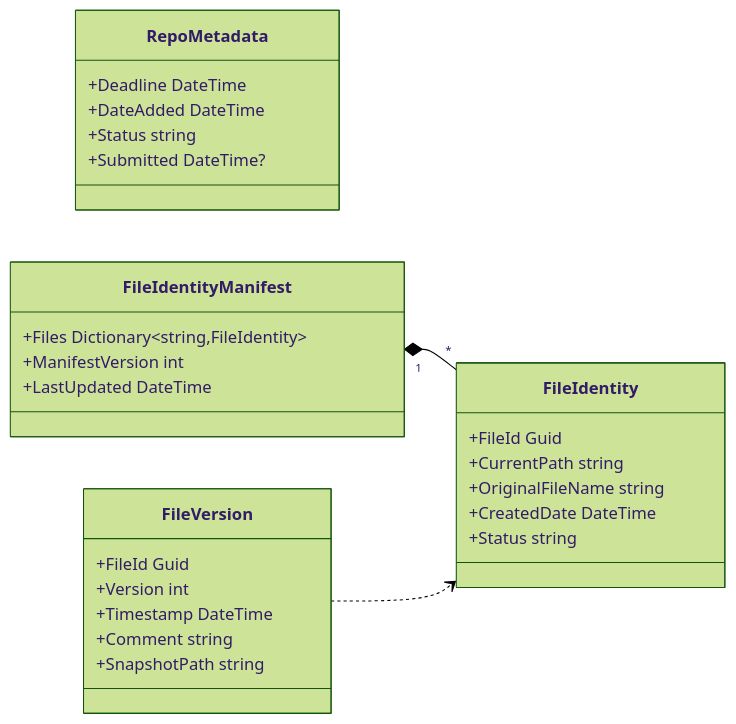
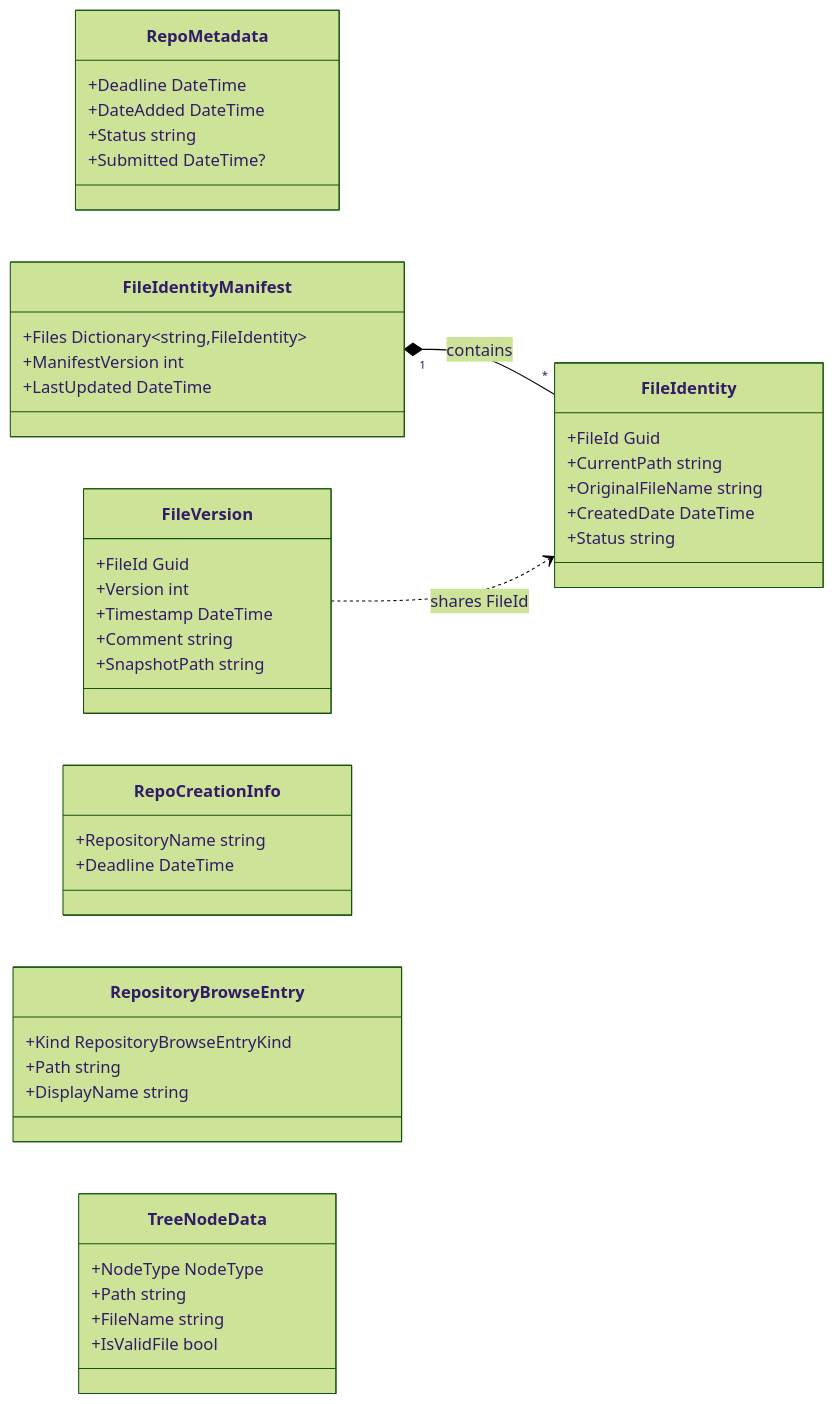
The fourth of 4 diagrams in README.md (Grizzly-val/IskolRepository), drawn with Mermaid (forest theme) before and after one commit. The commit also changed other lines of this file, not shown here.

````diff
--- a/README.md
+++ b/README.md
@@ -248,36 +566,54 @@
 ```mermaid
 classDiagram
   direction LR
 
   class RepoMetadata {
     +Deadline DateTime
     +DateAdded DateTime
     +Status string
     +Submitted DateTime?
   }
 
   class FileIdentityManifest {
     +Files Dictionary~string,FileIdentity~
     +ManifestVersion int
     +LastUpdated DateTime
   }
 
   class FileIdentity {
     +FileId Guid
     +CurrentPath string
     +OriginalFileName string
     +CreatedDate DateTime
     +Status string
   }
 
   class FileVersion {
     +FileId Guid
     +Version int
     +Timestamp DateTime
     +Comment string
     +SnapshotPath string
   }
 
-  FileIdentityManifest "1" *-- "*" FileIdentity
-  FileVersion ..> FileIdentity
+  class RepoCreationInfo {
+    +RepositoryName string
+    +Deadline DateTime
+  }
+
+  class RepositoryBrowseEntry {
+    +Kind RepositoryBrowseEntryKind
+    +Path string
+    +DisplayName string
+  }
+
+  class TreeNodeData {
+    +NodeType NodeType
+    +Path string
+    +FileName string
+    +IsValidFile bool
+  }
+
+  FileIdentityManifest "1" *-- "*" FileIdentity : contains
+  FileVersion ..> FileIdentity : shares FileId
 ```
````
